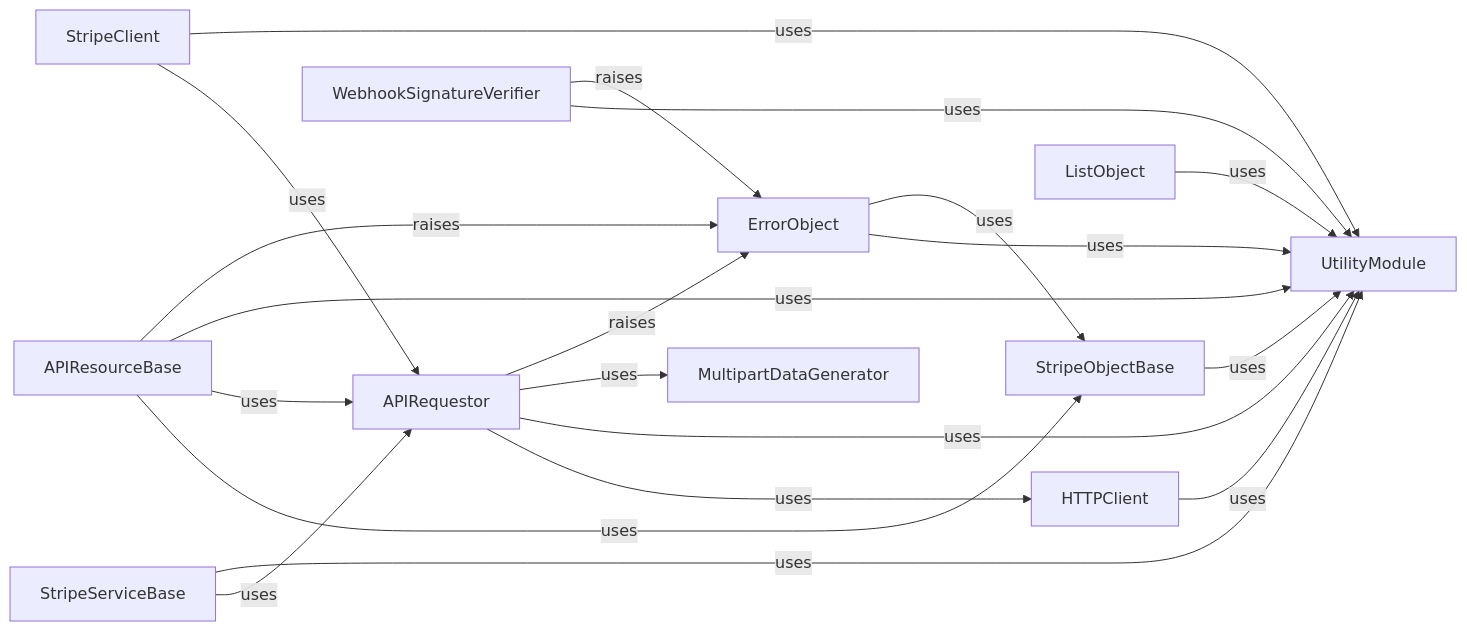
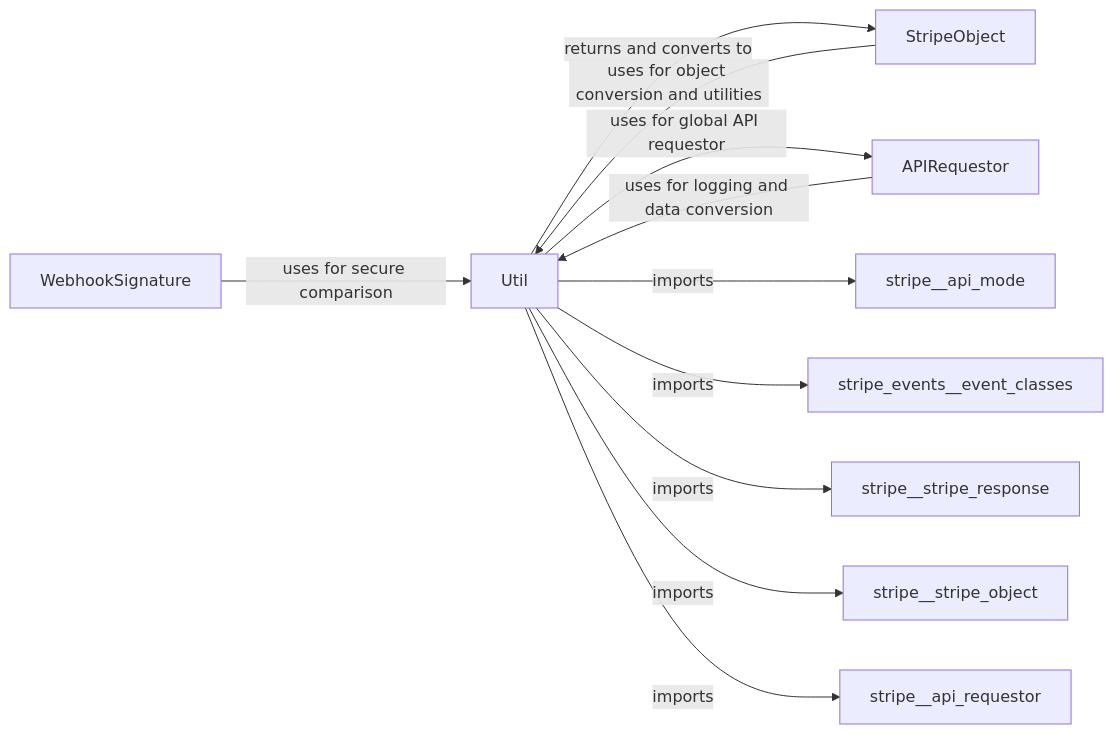
One commit to CodeBoarding/GeneratedOnBoardings changed the diagram in stripe-python/Core Utilities.md. Above: the diagram before and after it, drawn with Mermaid. The commit also changed other lines of this file and 14 other files, not shown here.

````diff
--- a/stripe-python/Core Utilities.md
+++ b/stripe-python/Core Utilities.md
@@ -1,33 +1,14 @@
 ```mermaid
 graph LR
-    UtilityModule["UtilityModule"]
-    APIResourceBase["APIResourceBase"]
-    StripeServiceBase["StripeServiceBase"]
-    HTTPClient["HTTPClient"]
-    APIRequestor["APIRequestor"]
-    StripeObjectBase["StripeObjectBase"]
-    ListObject["ListObject"]
-    WebhookSignatureVerifier["WebhookSignatureVerifier"]
-    StripeClient["StripeClient"]
-    MultipartDataGenerator["MultipartDataGenerator"]
-    ErrorObject["ErrorObject"]
-    APIResourceBase -- "uses" --> StripeObjectBase
-    APIResourceBase -- "uses" --> APIRequestor
-    APIResourceBase -- "uses" --> UtilityModule
-    APIResourceBase -- "raises" --> ErrorObject
-    StripeServiceBase -- "uses" --> APIRequestor
-    StripeServiceBase -- "uses" --> UtilityModule
-    APIRequestor -- "uses" --> HTTPClient
-    APIRequestor -- "uses" --> UtilityModule
-    APIRequestor -- "uses" --> MultipartDataGenerator
-    APIRequestor -- "raises" --> ErrorObject
-    HTTPClient -- "uses" --> UtilityModule
-    StripeObjectBase -- "uses" --> UtilityModule
-    ListObject -- "uses" --> UtilityModule
-    WebhookSignatureVerifier -- "uses" --> UtilityModule
-    WebhookSignatureVerifier -- "raises" --> ErrorObject
-    StripeClient -- "uses" --> APIRequestor
-    StripeClient -- "uses" --> UtilityModule
-    ErrorObject -- "uses" --> UtilityModule
-    ErrorObject -- "uses" --> StripeObjectBase
+    Util["Util"]
+    APIRequestor -- "uses for logging and data conversion" --> Util
+    StripeObject -- "uses for object conversion and utilities" --> Util
+    WebhookSignature -- "uses for secure comparison" --> Util
+    Util -- "returns and converts to" --> StripeObject
+    Util -- "uses for global API requestor" --> APIRequestor
+    Util -- "imports" --> stripe__api_mode
+    Util -- "imports" --> stripe_events__event_classes
+    Util -- "imports" --> stripe__stripe_response
+    Util -- "imports" --> stripe__stripe_object
+    Util -- "imports" --> stripe__api_requestor
 ```
````
